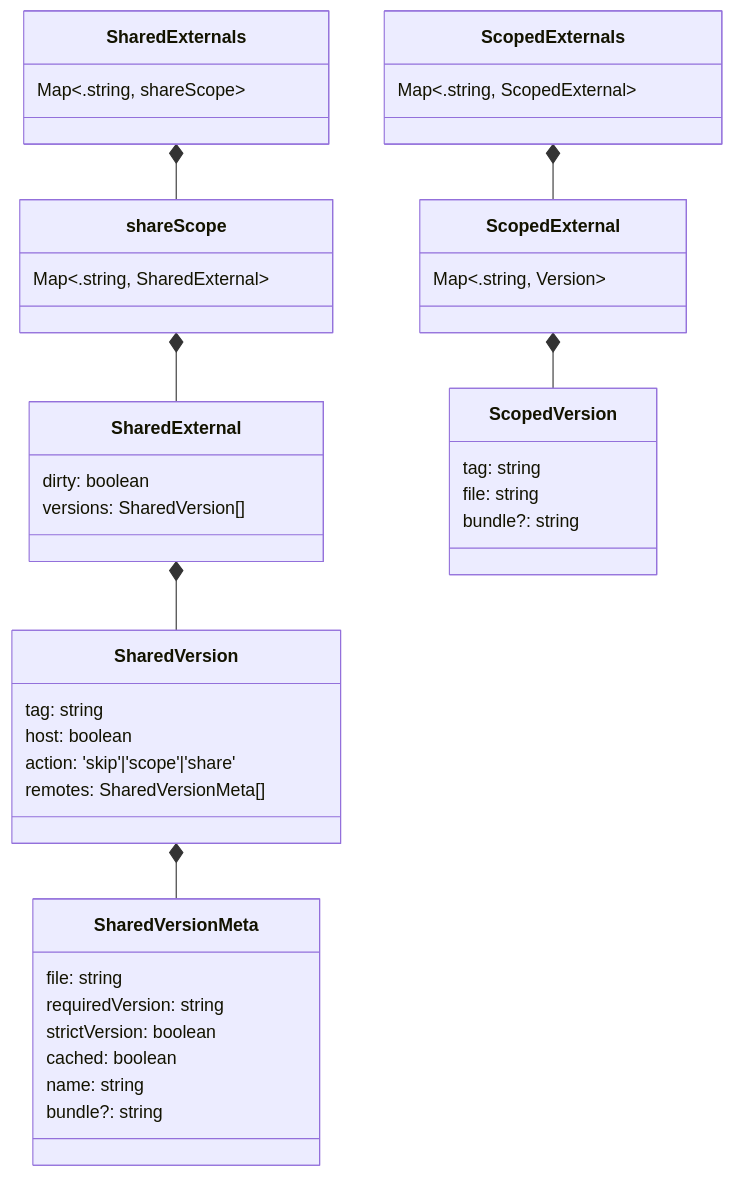
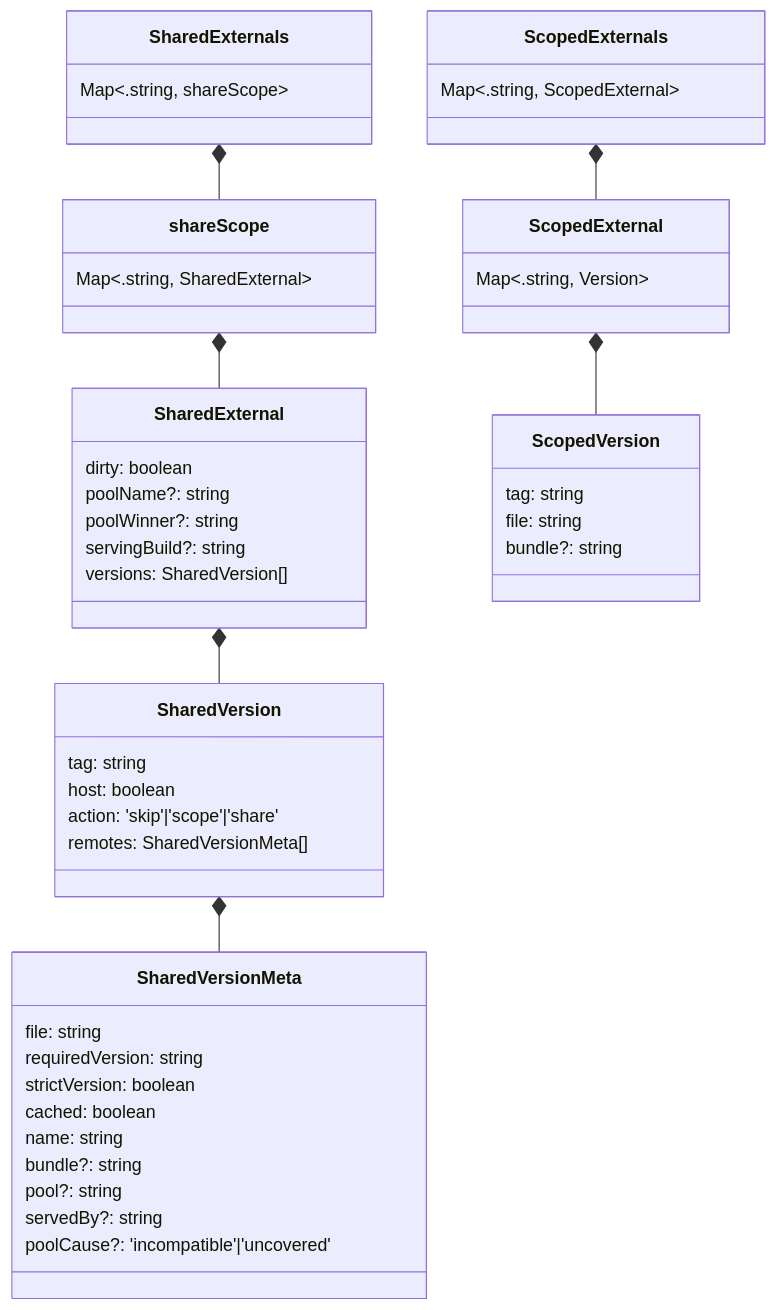
The fifth of 5 diagrams in docs/architecture.md (native-federation/orchestrator), drawn with Mermaid before and after one commit. The commit also changed other lines of this file and 4 other files, not shown here.

````diff
--- a/docs/architecture.md
+++ b/docs/architecture.md
@@ -311,45 +311,51 @@
 ```mermaid
 classDiagram
     SharedExternals *-- shareScope
     shareScope *-- SharedExternal
     SharedExternal *-- SharedVersion
     SharedVersion *-- SharedVersionMeta
     ScopedExternals *-- ScopedExternal
     ScopedExternal *-- ScopedVersion
 
     class SharedExternals {
         Map<.string, shareScope>
     }
     class shareScope {
         Map<.string, SharedExternal>
     }
     class SharedExternal {
         dirty: boolean
+        poolName?: string
+        poolWinner?: string
+        servingBuild?: string
         versions: SharedVersion[]
     }
     class SharedVersion{
         tag: string
         host: boolean
         action: 'skip'|'scope'|'share'
         remotes: SharedVersionMeta[]
     }
     class SharedVersionMeta{
         file: string
         requiredVersion: string
         strictVersion: boolean
         cached: boolean
         name: string
         bundle?: string
+        pool?: string
+        servedBy?: string
+        poolCause?: 'incompatible'|'uncovered'
     }
     class ScopedExternals {
         Map<.string, ScopedExternal>
     }
     class ScopedExternal {
         Map<.string, Version>
     }
     class ScopedVersion{
         tag: string
         file: string
         bundle?: string
     }
 ```
````
